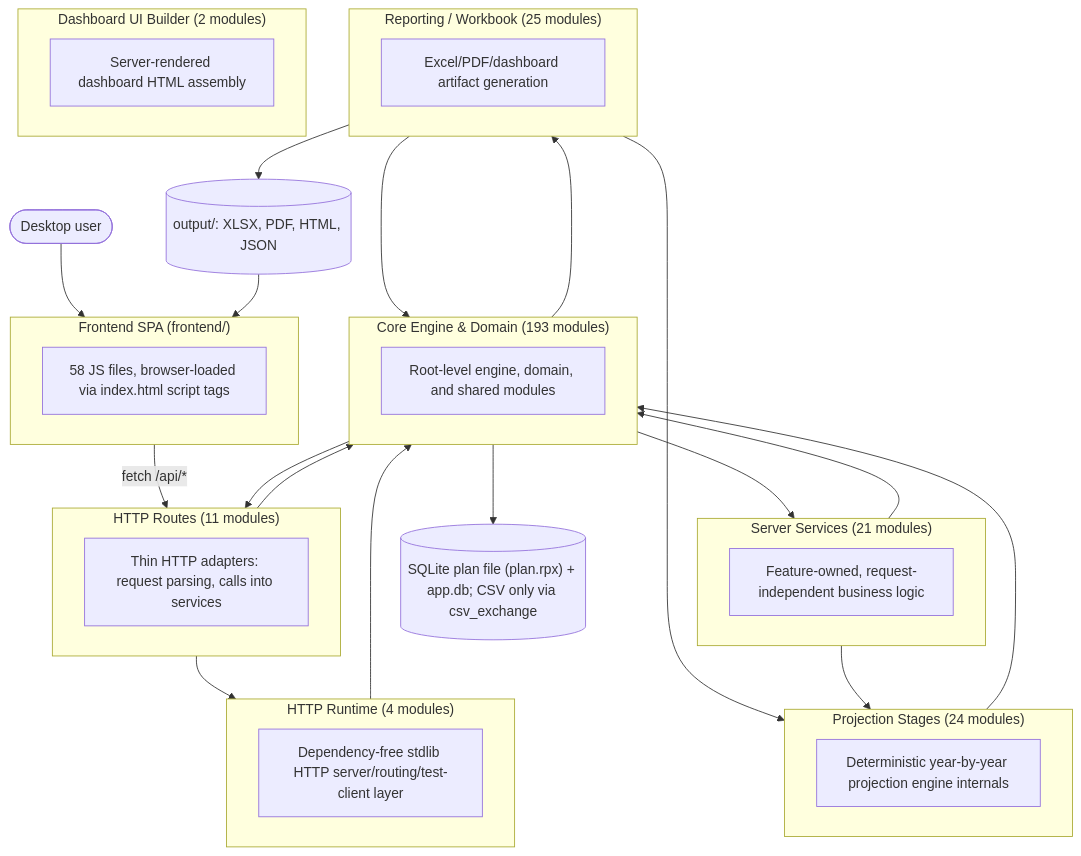
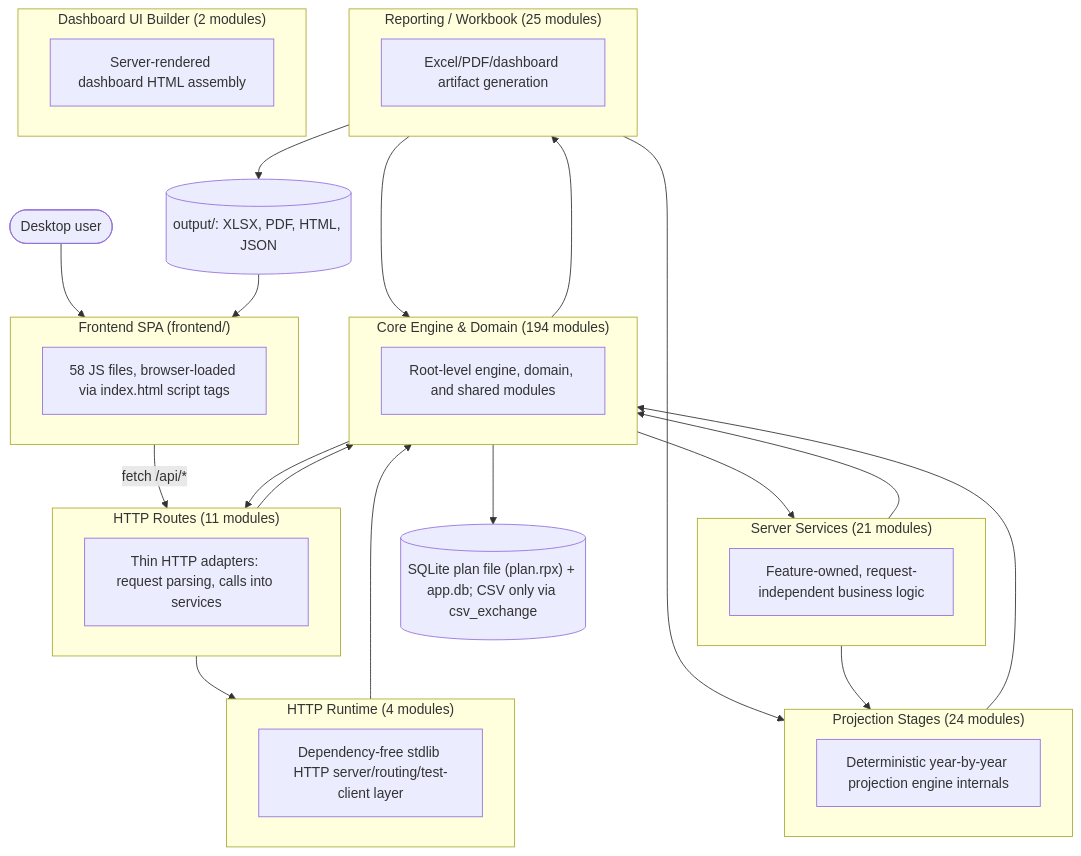
The first of 2 diagrams in documentation/reference/SYSTEM_ARCHITECTURE_DIAGRAM.md (matthartzman/retirement_system), drawn with Mermaid before and after one commit. The commit also changed other lines of this file and 3 other files, not shown here.

````diff
--- a/documentation/reference/SYSTEM_ARCHITECTURE_DIAGRAM.md
+++ b/documentation/reference/SYSTEM_ARCHITECTURE_DIAGRAM.md
@@ -11,43 +11,43 @@
 ```mermaid
 flowchart TB
     User(["Desktop user"]) --> FE
     subgraph FE["Frontend SPA (frontend/)"]
         FEcount["58 JS files, browser-loaded via index.html script tags"]
     end
     FE -->|fetch /api/*| L_HTTP_Routes
     subgraph L_HTTP_Routes["HTTP Routes (11 modules)"]
         L_HTTP_Routes_d["Thin HTTP adapters: request parsing, calls into services"]
     end
     subgraph L_Server_Services["Server Services (21 modules)"]
         L_Server_Services_d["Feature-owned, request-independent business logic"]
     end
     subgraph L_HTTP_Runtime["HTTP Runtime (4 modules)"]
         L_HTTP_Runtime_d["Dependency-free stdlib HTTP server/routing/test-client layer"]
     end
-    subgraph L_Core_Engine___Domain["Core Engine & Domain (193 modules)"]
+    subgraph L_Core_Engine___Domain["Core Engine & Domain (194 modules)"]
         L_Core_Engine___Domain_d["Root-level engine, domain, and shared modules"]
     end
     subgraph L_Projection_Stages["Projection Stages (24 modules)"]
         L_Projection_Stages_d["Deterministic year-by-year projection engine internals"]
     end
     subgraph L_Reporting___Workbook["Reporting / Workbook (25 modules)"]
         L_Reporting___Workbook_d["Excel/PDF/dashboard artifact generation"]
     end
     subgraph L_Dashboard_UI_Builder["Dashboard UI Builder (2 modules)"]
         L_Dashboard_UI_Builder_d["Server-rendered dashboard HTML assembly"]
     end
     L_Core_Engine___Domain --> L_HTTP_Routes
     L_Core_Engine___Domain --> L_Reporting___Workbook
     L_Core_Engine___Domain --> L_Server_Services
     L_HTTP_Routes --> L_Core_Engine___Domain
     L_HTTP_Routes --> L_HTTP_Runtime
     L_HTTP_Runtime --> L_Core_Engine___Domain
     L_Projection_Stages --> L_Core_Engine___Domain
     L_Reporting___Workbook --> L_Core_Engine___Domain
     L_Reporting___Workbook --> L_Projection_Stages
     L_Server_Services --> L_Core_Engine___Domain
     L_Server_Services --> L_Projection_Stages
     L_Core_Engine___Domain --> DB[("SQLite plan file (plan.rpx) + app.db; CSV only via csv_exchange")]
     L_Reporting___Workbook --> Outputs[("output/: XLSX, PDF, HTML, JSON")]
     Outputs --> FE
 ```
````
